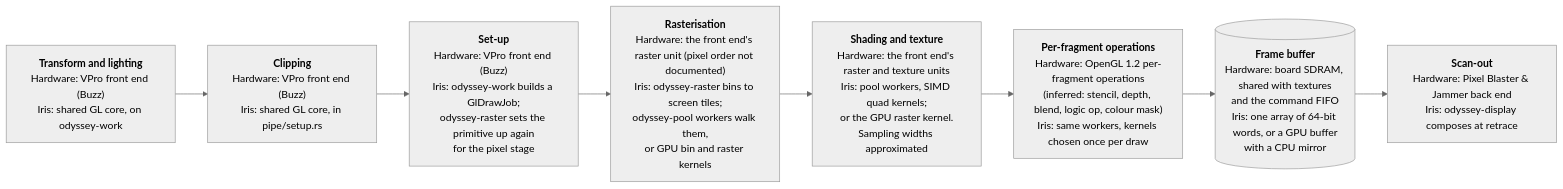
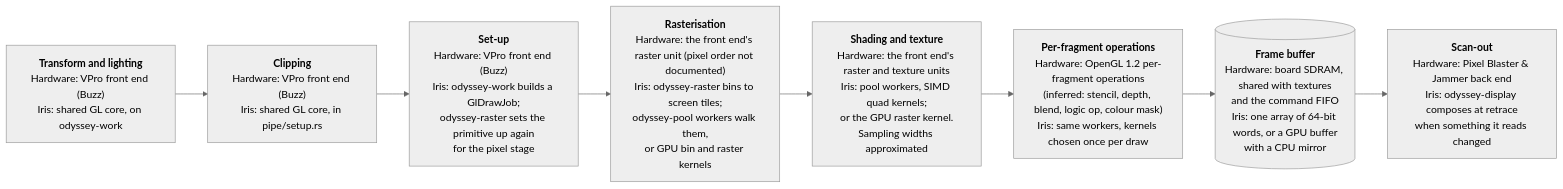
One commit to techomancer/iris changed the first of 3 diagrams in docs/graphics/vpro.md. Above: the diagram before and after it, drawn with Mermaid (neutral theme). The commit also changed other lines of this file and 205 other files, not shown here.

````diff
--- a/docs/graphics/vpro.md
+++ b/docs/graphics/vpro.md
@@ -13,12 +14,12 @@
 ```mermaid
 flowchart LR
   A["<b>Transform and lighting</b><br/>Hardware: VPro front end (Buzz)<br/>Iris: shared GL core, on odyssey-work"]
   B["<b>Clipping</b><br/>Hardware: VPro front end (Buzz)<br/>Iris: shared GL core, in pipe/setup.rs"]
   C["<b>Set-up</b><br/>Hardware: VPro front end (Buzz)<br/>Iris: odyssey-work builds a GlDrawJob;<br/>odyssey-raster sets the primitive up again<br/>for the pixel stage"]
   D["<b>Rasterisation</b><br/>Hardware: the front end's raster unit (pixel order not documented)<br/>Iris: odyssey-raster bins to screen tiles;<br/>odyssey-pool workers walk them,<br/>or GPU bin and raster kernels"]
   E["<b>Shading and texture</b><br/>Hardware: the front end's raster and texture units<br/>Iris: pool workers, SIMD quad kernels;<br/>or the GPU raster kernel.<br/>Sampling widths approximated"]
   G["<b>Per-fragment operations</b><br/>Hardware: OpenGL 1.2 per-fragment operations<br/>(inferred: stencil, depth, blend, logic op, colour mask)<br/>Iris: same workers, kernels chosen once per draw"]
   H[("<b>Frame buffer</b><br/>Hardware: board SDRAM, shared with textures<br/>and the command FIFO<br/>Iris: one array of 64-bit words, or a GPU buffer<br/>with a CPU mirror")]
-  I["<b>Scan-out</b><br/>Hardware: Pixel Blaster & Jammer back end<br/>Iris: odyssey-display composes at retrace"]
+  I["<b>Scan-out</b><br/>Hardware: Pixel Blaster & Jammer back end<br/>Iris: odyssey-display composes at retrace<br/>when something it reads changed"]
   A --> B --> C --> D --> E --> G --> H --> I
 ```
````
